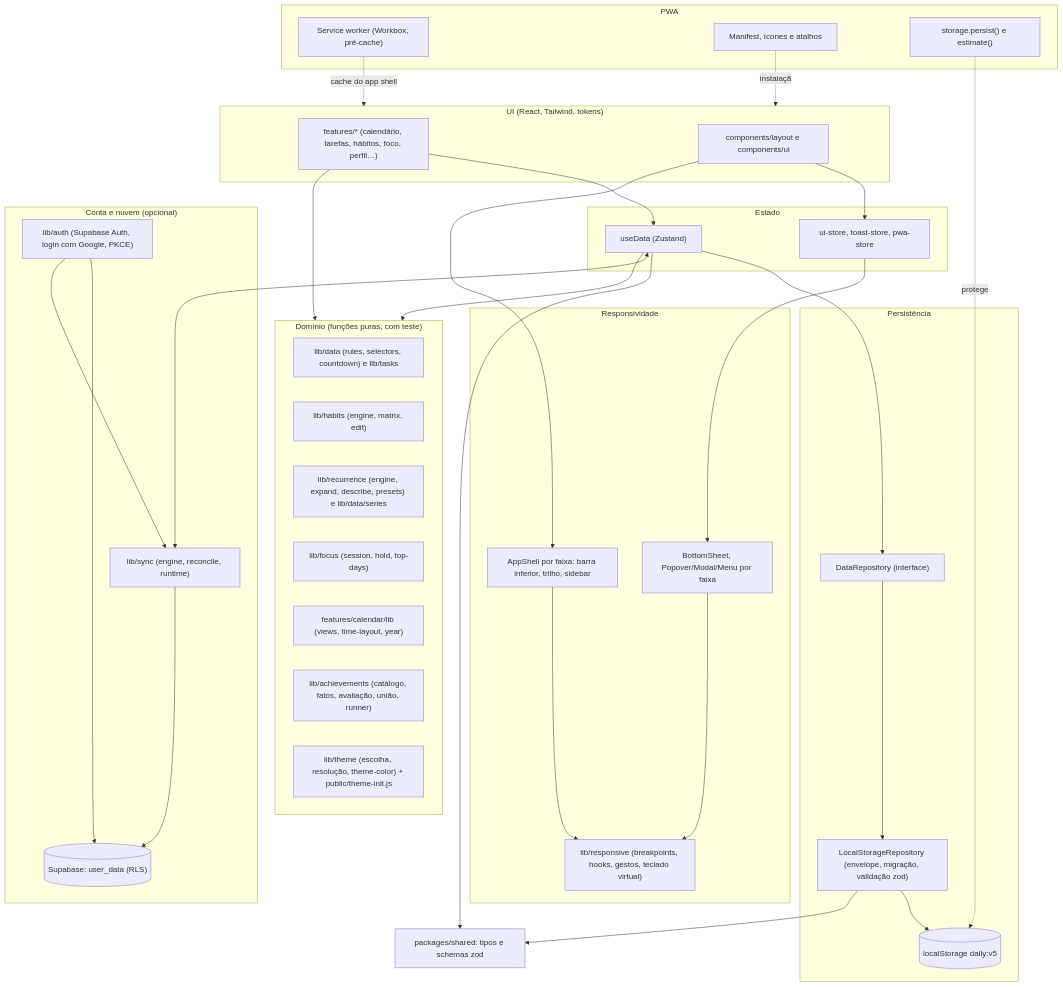
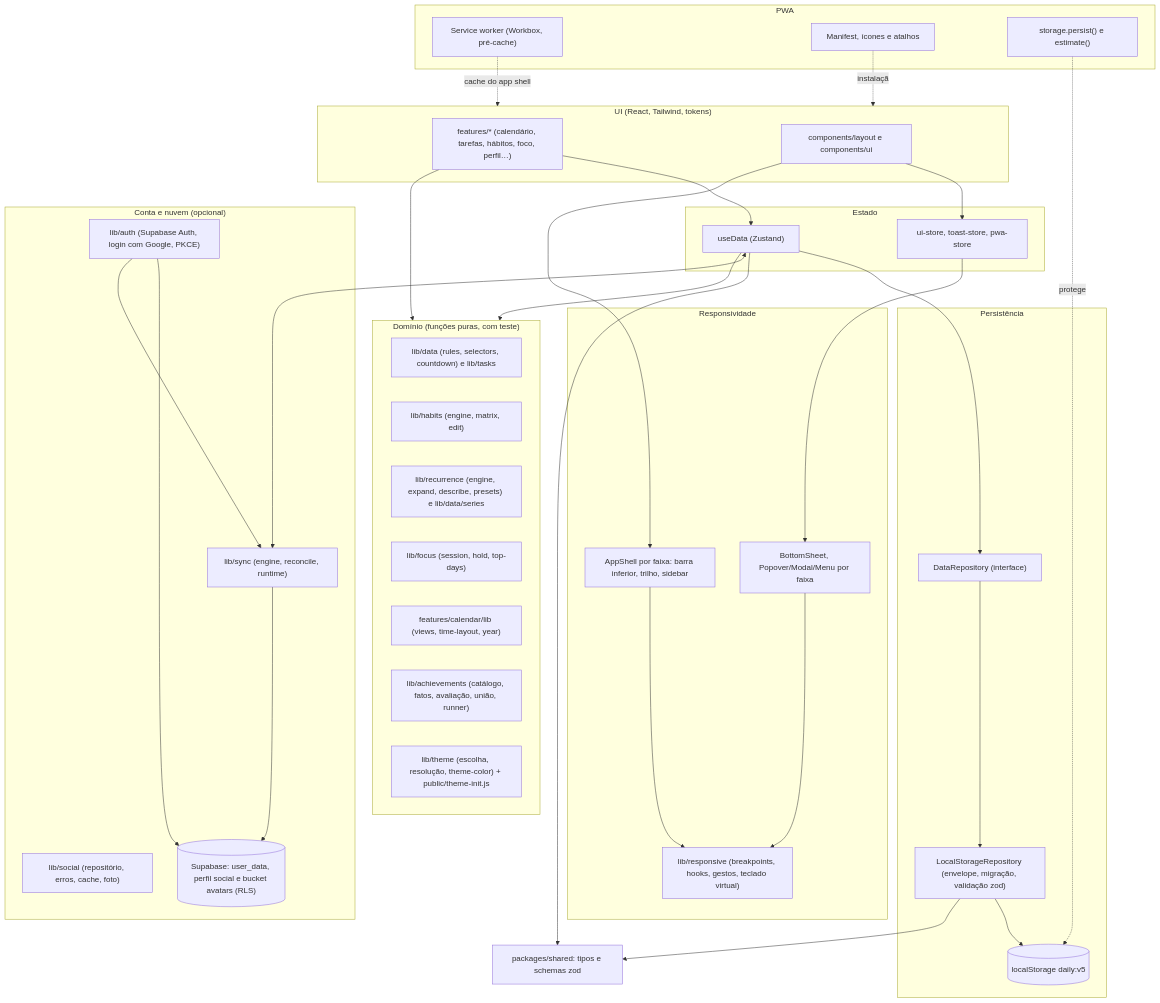
The diagram in docs/architecture.md (Mateus-Fonseca847/daily-study-planner), drawn with Mermaid before and after one commit. The commit also changed other lines of this file and 9 other files, not shown here.

Commit message:
docs: perfil social (guia de aplicação no Supabase, esquema e RLS, arquitetura, design system, README, CHANGELOG e CLAUDE.md)

````diff
--- a/docs/architecture.md
+++ b/docs/architecture.md
@@ -7,62 +7,63 @@
 ```mermaid
 flowchart TB
   subgraph UI["UI (React, Tailwind, tokens)"]
     Pages["features/* (calendário, tarefas, hábitos, foco, perfil…)"]
     Layout["components/layout e components/ui"]
   end
   subgraph Domain["Domínio (funções puras, com teste)"]
     Rules["lib/data (rules, selectors, countdown) e lib/tasks"]
     Habits["lib/habits (engine, matrix, edit)"]
     Recur["lib/recurrence (engine, expand, describe, presets) e lib/data/series"]
     Focus["lib/focus (session, hold, top-days)"]
     Cal["features/calendar/lib (views, time-layout, year)"]
     Achv["lib/achievements (catálogo, fatos, avaliação, união, runner)"]
     Theme["lib/theme (escolha, resolução, theme-color) + public/theme-init.js"]
   end
   subgraph Store["Estado"]
     Zustand["useData (Zustand)"]
     UiStore["ui-store, toast-store, pwa-store"]
   end
   subgraph Persistence["Persistência"]
     Repo["DataRepository (interface)"]
     LS["LocalStorageRepository (envelope, migração, validação zod)"]
     Storage[("localStorage daily:v5")]
   end
   subgraph Cloud["Conta e nuvem (opcional)"]
     Auth["lib/auth (Supabase Auth, login com Google, PKCE)"]
     Sync["lib/sync (engine, reconcile, runtime)"]
-    Supa[("Supabase: user_data (RLS)")]
+    Social["lib/social (repositório, erros, cache, foto)"]
+    Supa[("Supabase: user_data, perfil social e bucket avatars (RLS)")]
   end
   subgraph Resp["Responsividade"]
     Bp["lib/responsive (breakpoints, hooks, gestos, teclado virtual)"]
     Sheets["BottomSheet, Popover/Modal/Menu por faixa"]
     Shell["AppShell por faixa: barra inferior, trilho, sidebar"]
   end
   subgraph PWA["PWA"]
     SW["Service worker (Workbox, pré-cache)"]
     Manifest["Manifest, ícones e atalhos"]
     Persist["storage.persist() e estimate()"]
   end
   Shared["packages/shared: tipos e schemas zod"]
 
   Pages --> Zustand
   Layout --> UiStore
   Pages --> Domain
   Zustand --> Domain
   Zustand --> Repo
   Repo --> LS
   LS --> Storage
   LS --> Shared
   Zustand --> Shared
   Zustand <--> Sync
   Sync --> Supa
   Auth --> Supa
   Auth --> Sync
   Layout --> Shell
   Shell --> Bp
   Sheets --> Bp
   UiStore --> Sheets
   SW -.cache do app shell.-> UI
   Persist -.protege.-> Storage
   Manifest -.instalação.-> UI
 ```
````
